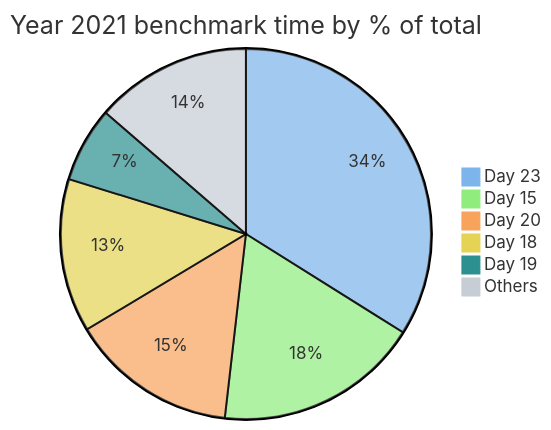
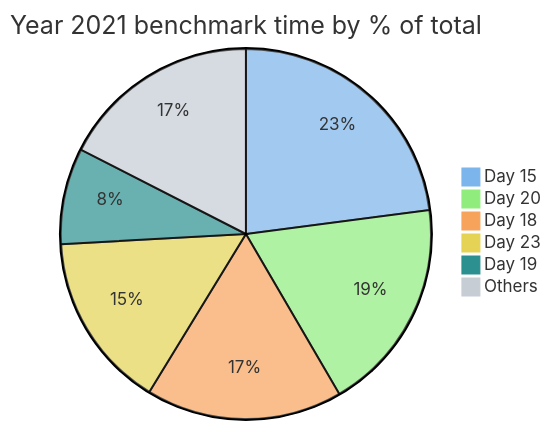
One commit to maneatingape/advent-of-code-rust changed the third of 4 diagrams in README.md. Above: the diagram before and after it, drawn with Mermaid. The commit also changed other lines of this file and 1 other file, not shown here.

````diff
--- a/README.md
+++ b/README.md
@@ -103,11 +103,11 @@
 ```mermaid
 %%{init: {'theme': 'base', 'themeVariables': { 'pie1': '#7cb5ec', 'pie2': '#90ed7d', 'pie3': '#f7a35c', 'pie4': '#e4d354', 'pie5': '#2b908f', 'pie6': '#c6cdd5'}}}%%
 pie
     title Year 2021 benchmark time by % of total
-    "Day 23" : 4821
     "Day 15" : 2547
     "Day 20" : 2072
     "Day 18" : 1904
+    "Day 23" : 1709
     "Day 19" : 933
     "Others" : 1941
 ```
````
